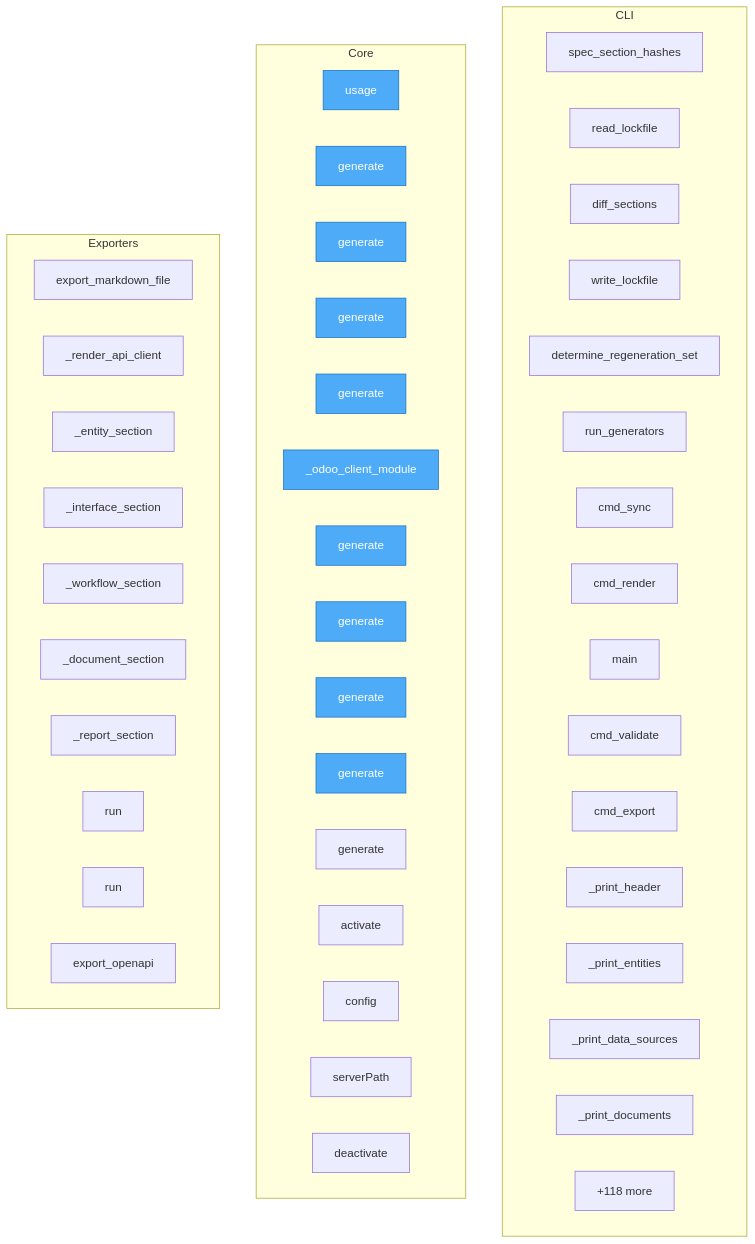
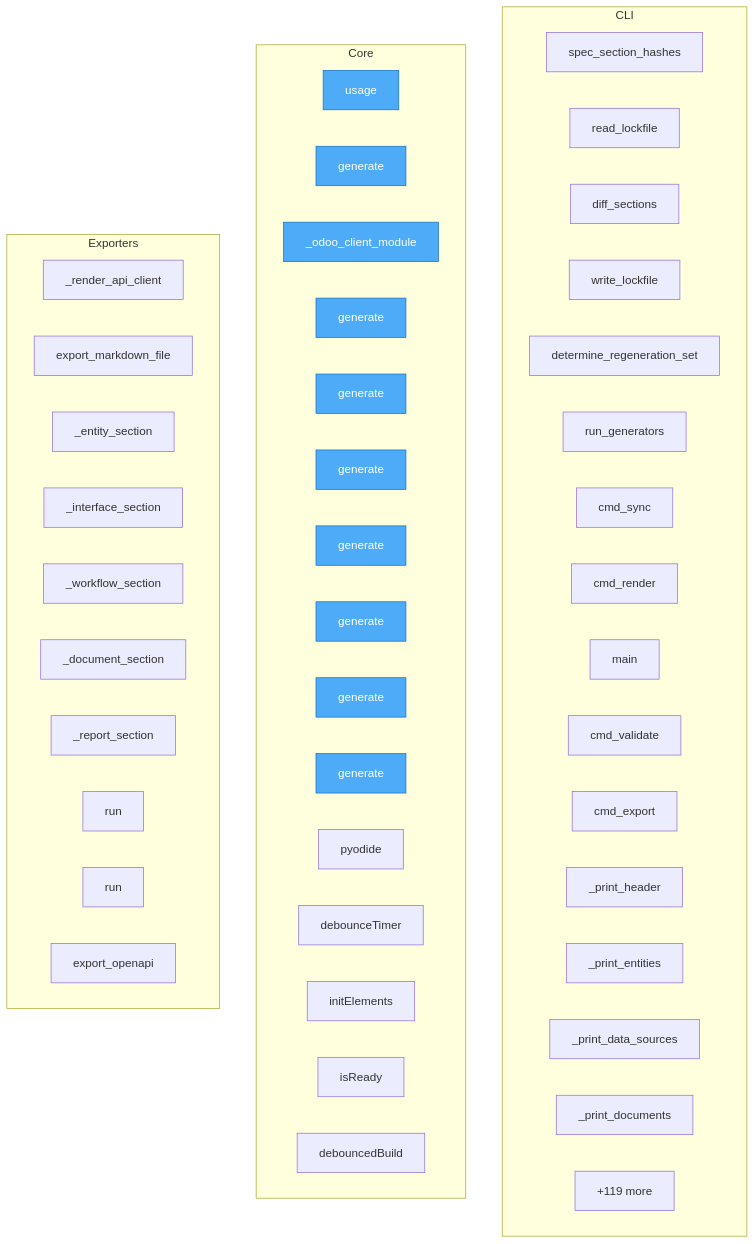
The diagram in project/flow.mmd (oqlos/doql), drawn with Mermaid before and after one commit. The commit also changed 21 other files, not shown here.

```diff
--- a/project/flow.mmd
+++ b/project/flow.mmd
@@ -1,57 +1,57 @@
 flowchart TD
 
     %% Entry points (blue)
     classDef entry fill:#4dabf7,stroke:#1971c2,color:#fff
 
     subgraph CLI
         doql__cli__lockfile__spec_section_hashes["spec_section_hashes"]
         doql__cli__lockfile__read_lockfile["read_lockfile"]
         doql__cli__lockfile__diff_sections["diff_sections"]
         doql__cli__lockfile__write_lockfile["write_lockfile"]
         doql__cli__sync__determine_regeneration_set["determine_regeneration_set"]
         doql__cli__sync__run_generators["run_generators"]
         doql__cli__sync__cmd_sync["cmd_sync"]
         doql__cli__commands__render__cmd_render["cmd_render"]
         doql__cli__main__main["main"]
         doql__cli__commands__validate__cmd_validate["cmd_validate"]
         doql__cli__commands__export__cmd_export["cmd_export"]
         doql__cli__commands__plan___print_header["_print_header"]
         doql__cli__commands__plan___print_entities["_print_entities"]
         doql__cli__commands__plan___print_data_sources["_print_data_sources"]
         doql__cli__commands__plan___print_documents["_print_documents"]
         ...["+62 more"]
     end
 
     subgraph Core
         doql__usage["usage"]
-        plugins__doql_plugin_fleet__doql_plugin_fleet__generate["generate"]
-        plugins__doql_plugin_iso17025__doql_plugin_iso17025__traceability__generate["generate"]
         plugins__doql_plugin_gxp__doql_plugin_gxp__generate["generate"]
-        plugins__doql_plugin_iso17025__doql_plugin_iso17025__generate["generate"]
         plugins__doql_plugin_erp__doql_plugin_erp___odoo_client_module["_odoo_client_module"]
         plugins__doql_plugin_erp__doql_plugin_erp__generate["generate"]
+        plugins__doql_plugin_iso17025__doql_plugin_iso17025__traceability__generate["generate"]
+        plugins__doql_plugin_iso17025__doql_plugin_iso17025__generate["generate"]
         plugins__doql_plugin_iso17025__doql_plugin_iso17025__certificate__generate["generate"]
         plugins__doql_plugin_iso17025__doql_plugin_iso17025__migration__generate["generate"]
         plugins__doql_plugin_iso17025__doql_plugin_iso17025__uncertainty__generate["generate"]
         plugins__doql_plugin_iso17025__doql_plugin_iso17025__drift_monitor__generate["generate"]
-        vscode_doql__src__extension__activate["activate"]
-        vscode_doql__src__extension__config["config"]
-        vscode_doql__src__extension__serverPath["serverPath"]
-        vscode_doql__src__extension__deactivate["deactivate"]
-        ...["+118 more"]
+        playground__pyodide_bridge__pyodide["pyodide"]
+        playground__pyodide_bridge__debounceTimer["debounceTimer"]
+        playground__pyodide_bridge__initElements["initElements"]
+        playground__pyodide_bridge__isReady["isReady"]
+        playground__pyodide_bridge__debouncedBuild["debouncedBuild"]
+        ...["+119 more"]
     end
 
     subgraph Exporters
+        doql__exporters__css__renderers___render_api_client["_render_api_client"]
         doql__exporters__markdown__export_markdown_file["export_markdown_file"]
-        doql__exporters__css__renderers___render_api_client["_render_api_client"]
         doql__exporters__markdown__sections___entity_section["_entity_section"]
         doql__exporters__markdown__sections___interface_section["_interface_section"]
         doql__exporters__markdown__sections___workflow_section["_workflow_section"]
         doql__exporters__markdown__sections___document_section["_document_section"]
         doql__exporters__markdown__sections___report_section["_report_section"]
         doql__generators__export_postman__run["run"]
         doql__generators__export_ts_sdk__run["run"]
         doql__generators__api_gen__export_openapi["export_openapi"]
     end
 
-    class doql__usage,plugins__doql_plugin_fleet__doql_plugin_fleet__generate,plugins__doql_plugin_iso17025__doql_plugin_iso17025__traceability__generate,plugins__doql_plugin_gxp__doql_plugin_gxp__generate,plugins__doql_plugin_iso17025__doql_plugin_iso17025__generate,plugins__doql_plugin_erp__doql_plugin_erp___odoo_client_module,plugins__doql_plugin_erp__doql_plugin_erp__generate,plugins__doql_plugin_iso17025__doql_plugin_iso17025__certificate__generate,plugins__doql_plugin_iso17025__doql_plugin_iso17025__migration__generate,plugins__doql_plugin_iso17025__doql_plugin_iso17025__uncertainty__generate entry
+    class doql__usage,plugins__doql_plugin_gxp__doql_plugin_gxp__generate,plugins__doql_plugin_erp__doql_plugin_erp___odoo_client_module,plugins__doql_plugin_erp__doql_plugin_erp__generate,plugins__doql_plugin_iso17025__doql_plugin_iso17025__traceability__generate,plugins__doql_plugin_iso17025__doql_plugin_iso17025__generate,plugins__doql_plugin_iso17025__doql_plugin_iso17025__certificate__generate,plugins__doql_plugin_iso17025__doql_plugin_iso17025__migration__generate,plugins__doql_plugin_iso17025__doql_plugin_iso17025__uncertainty__generate,plugins__doql_plugin_iso17025__doql_plugin_iso17025__drift_monitor__generate entry
```
